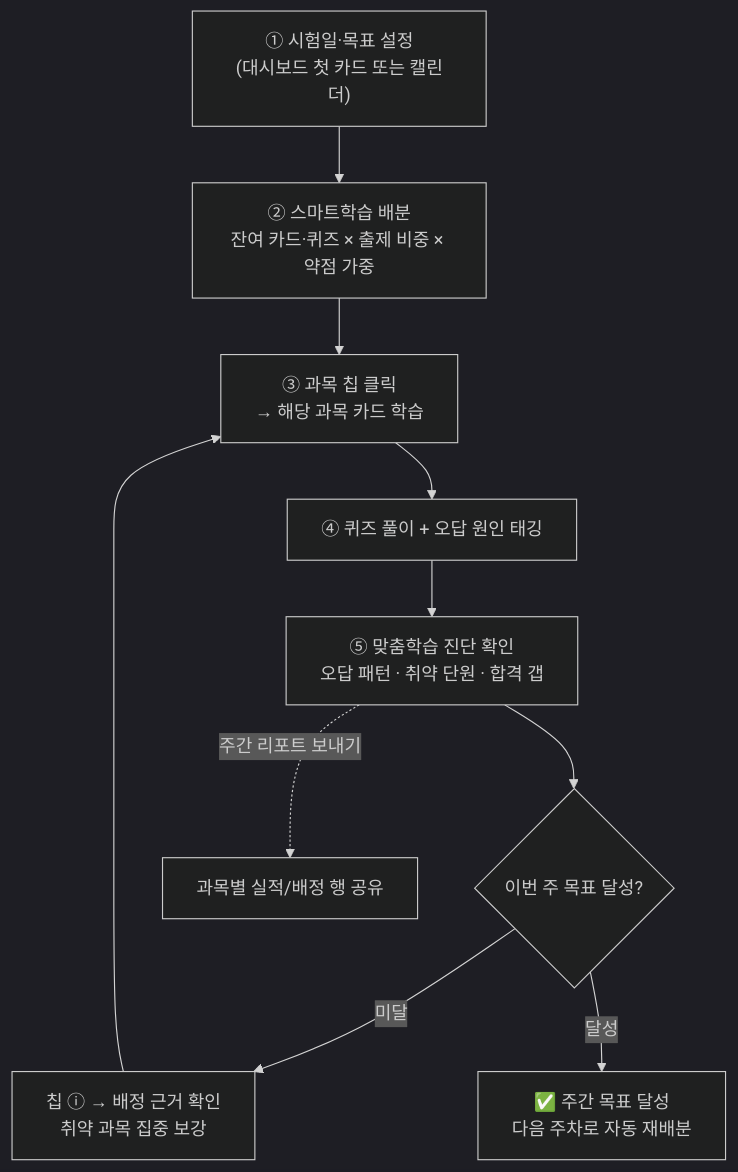
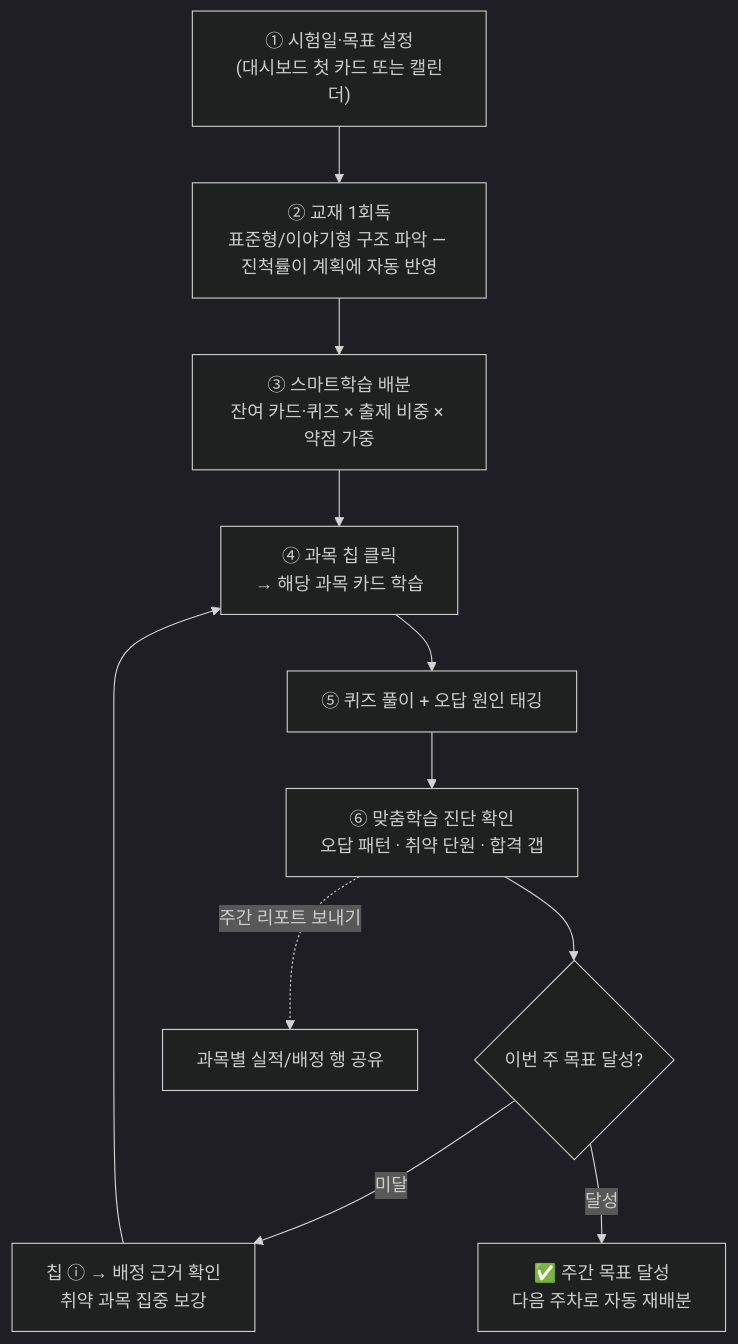
The second of 3 diagrams in content/exams/cosmetic/docs/user_manual.md (skygoldlee-cyber/passory), drawn with Mermaid (dark theme) before and after one commit. The commit also changed other lines of this file and 31 other files, not shown here.

````diff
--- a/content/exams/cosmetic/docs/user_manual.md
+++ b/content/exams/cosmetic/docs/user_manual.md
@@ -100,12 +100,13 @@
 ```mermaid
 graph TD
-    A["① 시험일·목표 설정<br/>(대시보드 첫 카드 또는 캘린더)"] --> B["② 스마트학습 배분<br/>잔여 카드·퀴즈 × 출제 비중 × 약점 가중"]
-    B --> C["③ 과목 칩 클릭<br/>→ 해당 과목 카드 학습"]
-    C --> D["④ 퀴즈 풀이 + 오답 원인 태깅"]
-    D --> E["⑤ 맞춤학습 진단 확인<br/>오답 패턴 · 취약 단원 · 합격 갭"]
+    A["① 시험일·목표 설정<br/>(대시보드 첫 카드 또는 캘린더)"] --> R["② 교재 1회독<br/>표준형/이야기형 구조 파악 — 진척률이 계획에 자동 반영"]
+    R --> B["③ 스마트학습 배분<br/>잔여 카드·퀴즈 × 출제 비중 × 약점 가중"]
+    B --> C["④ 과목 칩 클릭<br/>→ 해당 과목 카드 학습"]
+    C --> D["⑤ 퀴즈 풀이 + 오답 원인 태깅"]
+    D --> E["⑥ 맞춤학습 진단 확인<br/>오답 패턴 · 취약 단원 · 합격 갭"]
     E --> F{"이번 주 목표 달성?"}
     F -->|미달| G["칩 ⓘ → 배정 근거 확인<br/>취약 과목 집중 보강"]
     G --> C
     F -->|달성| H["✅ 주간 목표 달성<br/>다음 주차로 자동 재배분"]
     E -.->|주간 리포트 보내기| I["과목별 실적/배정 행 공유"]
 ```
````
